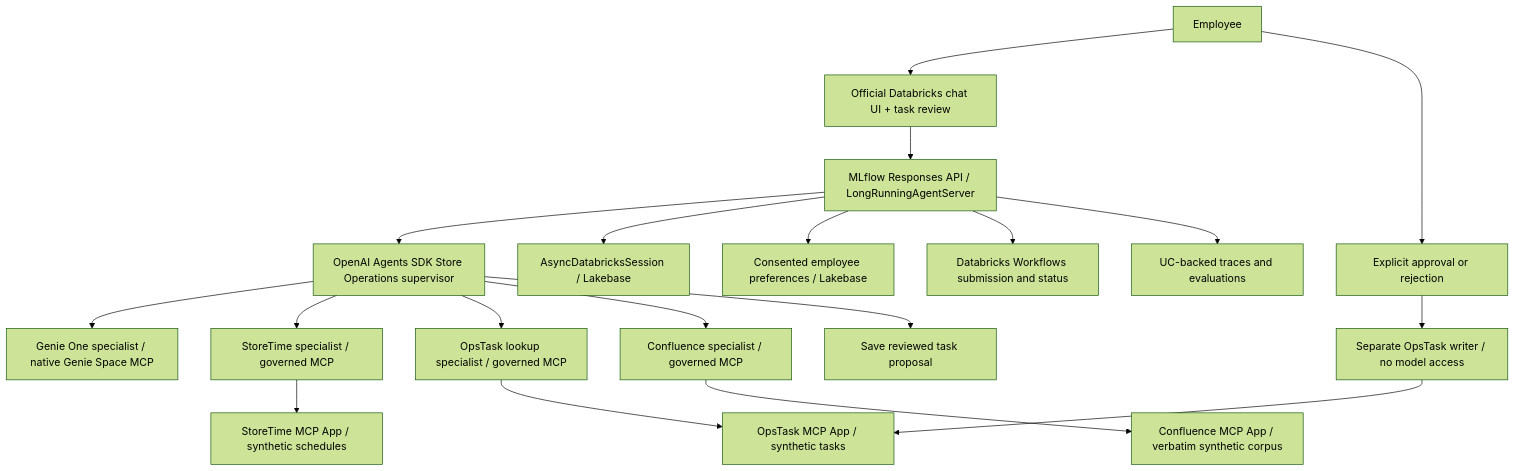
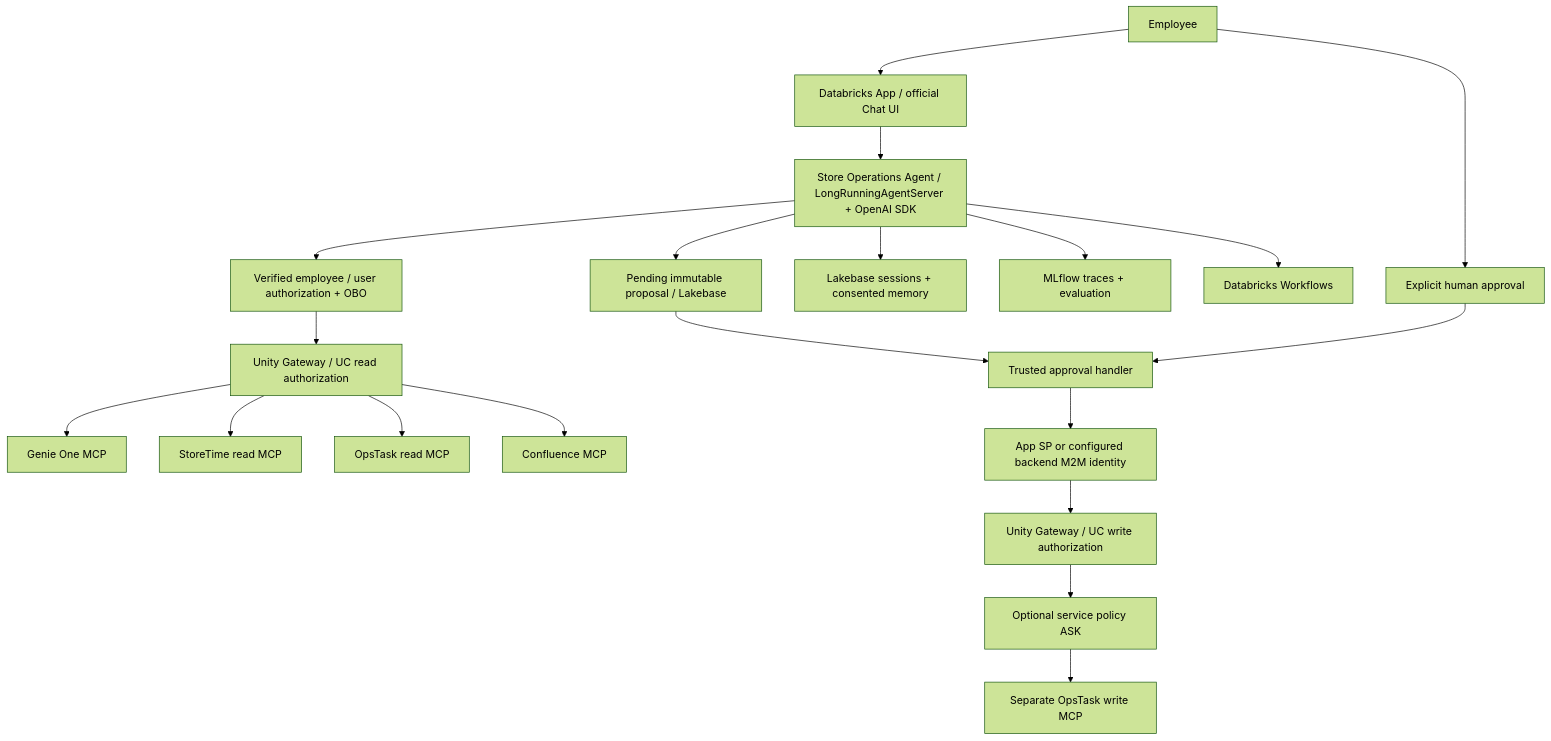
Before and after one commit to NZDBR/openai-agents-sdk-multiagent-mcp: the diagram in README.md, drawn with Mermaid (forest theme). The commit also changed other lines of this file and 27 other files, not shown here.

Commit message:
Separate employee OBO reads from approved backend MCP writes

````diff
--- a/README.md
+++ b/README.md
@@ -9,21 +9,22 @@
 ```mermaid
 flowchart TD
-    Employee --> UI[Official Databricks chat UI + task review]
-    UI --> Runtime[MLflow Responses API / LongRunningAgentServer]
-    Runtime --> Supervisor[OpenAI Agents SDK Store Operations supervisor]
-    Supervisor --> Genie[Genie One specialist / native Genie Space MCP]
-    Supervisor --> Time[StoreTime specialist / governed MCP]
-    Supervisor --> Lookup[OpsTask lookup specialist / governed MCP]
-    Supervisor --> Context[Confluence specialist / governed MCP]
-    Time --> TimeApp[StoreTime MCP App / synthetic schedules]
-    Lookup --> TaskApp[OpsTask MCP App / synthetic tasks]
-    Context --> ContextApp[Confluence MCP App / verbatim synthetic corpus]
-    Supervisor --> Proposal[Save reviewed task proposal]
-    Employee --> Decision[Explicit approval or rejection]
-    Decision --> Writer[Separate OpsTask writer / no model access]
-    Writer --> TaskApp
-    Runtime --> Session[AsyncDatabricksSession / Lakebase]
-    Runtime --> LongTerm[Consented employee preferences / Lakebase]
-    Runtime --> Jobs[Databricks Workflows submission and status]
-    Runtime --> MLflow[UC-backed traces and evaluations]
+    Employee --> UI[Databricks App / official Chat UI]
+    UI --> Agent[Store Operations Agent / LongRunningAgentServer + OpenAI SDK]
+    Agent --> User[Verified employee / user authorization + OBO]
+    User --> ReadGateway[Unity Gateway / UC read authorization]
+    ReadGateway --> Genie[Genie One MCP]
+    ReadGateway --> StoreTime[StoreTime read MCP]
+    ReadGateway --> OpsRead[OpsTask read MCP]
+    ReadGateway --> Confluence[Confluence MCP]
+    Agent --> Proposal[Pending immutable proposal / Lakebase]
+    Employee --> Approve[Explicit human approval]
+    Proposal --> Handler[Trusted approval handler]
+    Approve --> Handler
+    Handler --> Backend[App SP or configured backend M2M identity]
+    Backend --> WriteGateway[Unity Gateway / UC write authorization]
+    WriteGateway --> Ask[Optional service policy ASK]
+    Ask --> OpsWrite[Separate OpsTask write MCP]
+    Agent --> Lakebase[Lakebase sessions + consented memory]
+    Agent --> MLflow[MLflow traces + evaluation]
+    Agent --> Workflows[Databricks Workflows]
 ```
````
